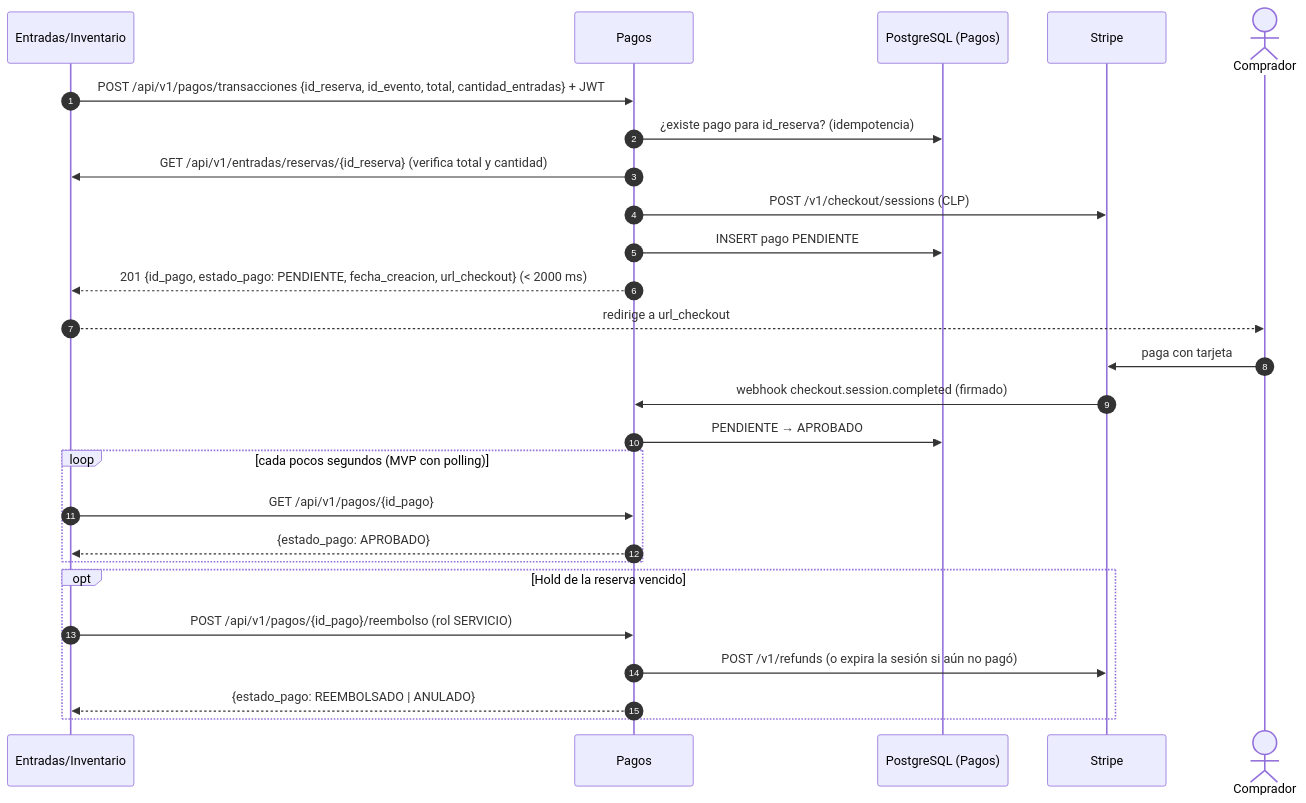
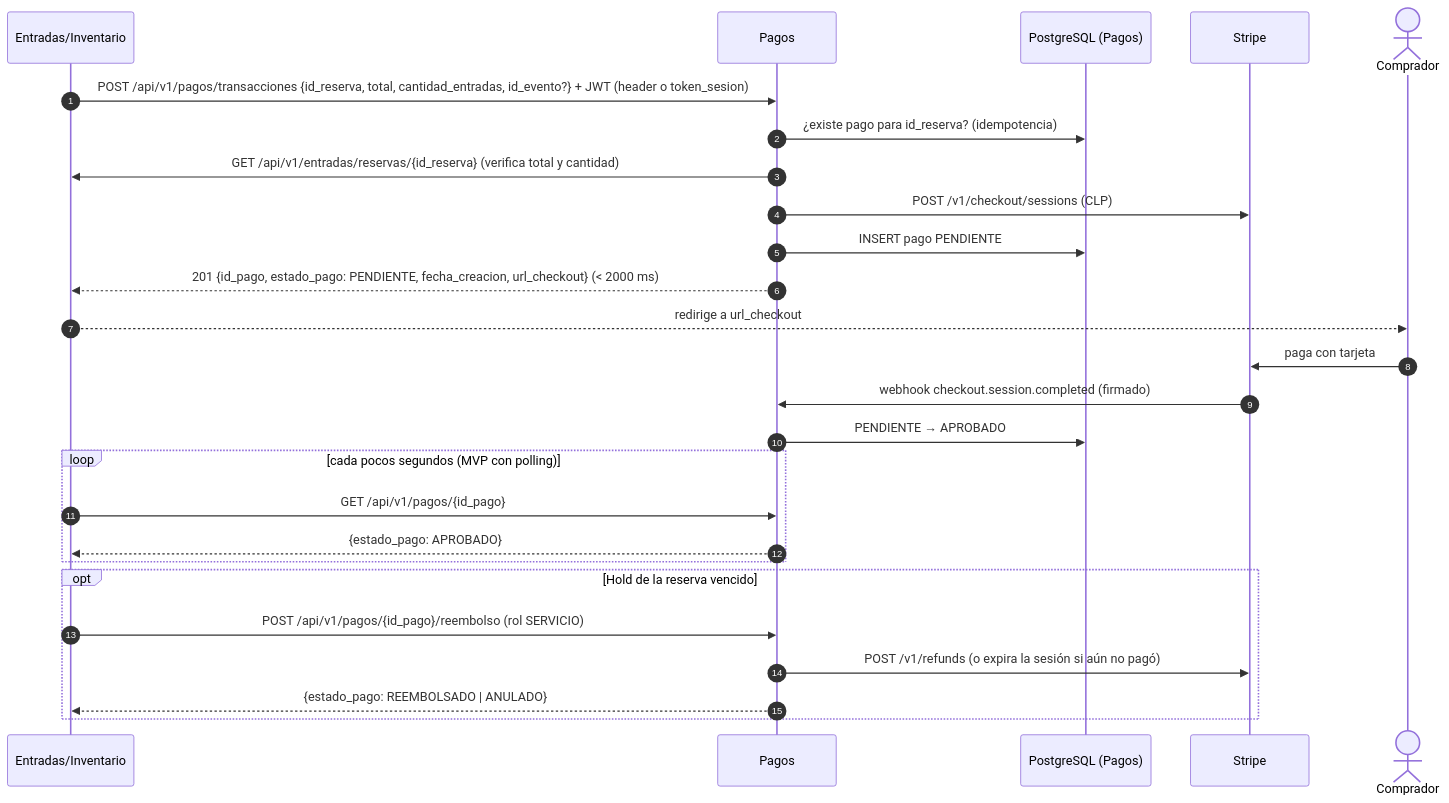
The first of 2 diagrams in backend/README.md (Modulos-Pagos/arquitectura-pagos), drawn with Mermaid before and after one commit. The commit also changed other lines of this file and 28 other files, not shown here.

Commit message:
feat: eliminación de pagos (DELETE, rol ADMIN), header TicketAzul y evidencias actualizadas

````diff
--- a/backend/README.md
+++ b/backend/README.md
@@ -24,29 +24,29 @@
 ```mermaid
 sequenceDiagram
     autonumber
     participant E as Entradas/Inventario
     participant P as Pagos
     participant DB as PostgreSQL (Pagos)
     participant S as Stripe
     actor U as Comprador
 
-    E->>P: POST /api/v1/pagos/transacciones {id_reserva, id_evento, total, cantidad_entradas} + JWT
+    E->>P: POST /api/v1/pagos/transacciones {id_reserva, total, cantidad_entradas, id_evento?} + JWT (header o token_sesion)
     P->>DB: ¿existe pago para id_reserva? (idempotencia)
     P->>E: GET /api/v1/entradas/reservas/{id_reserva} (verifica total y cantidad)
     P->>S: POST /v1/checkout/sessions (CLP)
     P->>DB: INSERT pago PENDIENTE
     P-->>E: 201 {id_pago, estado_pago: PENDIENTE, fecha_creacion, url_checkout} (< 2000 ms)
     E-->>U: redirige a url_checkout
     U->>S: paga con tarjeta
     S->>P: webhook checkout.session.completed (firmado)
     P->>DB: PENDIENTE → APROBADO
     loop cada pocos segundos (MVP con polling)
         E->>P: GET /api/v1/pagos/{id_pago}
         P-->>E: {estado_pago: APROBADO}
     end
     opt Hold de la reserva vencido
         E->>P: POST /api/v1/pagos/{id_pago}/reembolso (rol SERVICIO)
         P->>S: POST /v1/refunds (o expira la sesión si aún no pagó)
         P-->>E: {estado_pago: REEMBOLSADO | ANULADO}
     end
 ```
````
